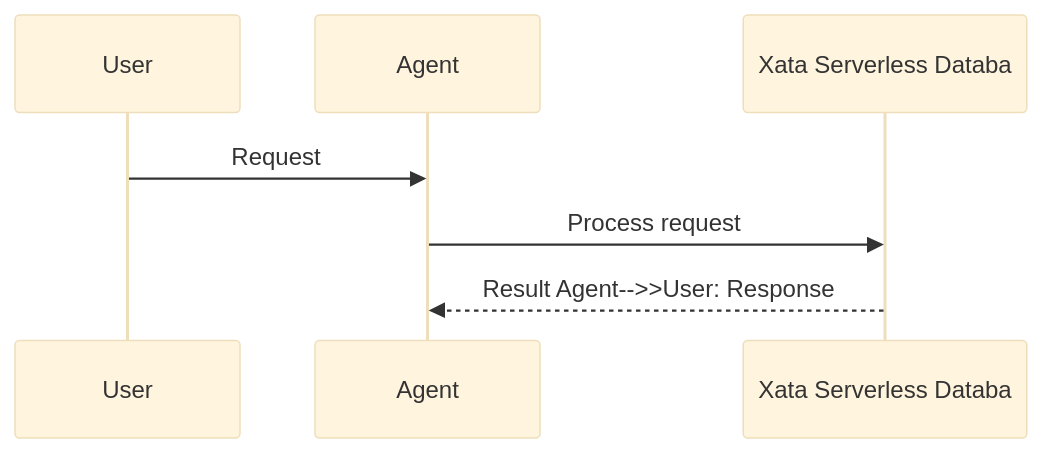
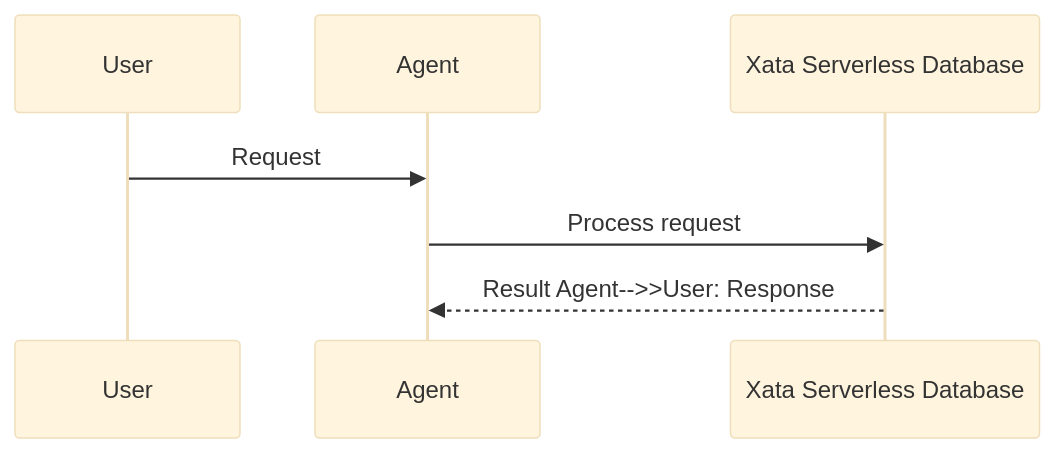
Before and after one commit to MervinPraison/PraisonAIDocs: the second of 2 diagrams in docs/features/xata.mdx, drawn with Mermaid (base theme). The commit also changed 45 other files, not shown here.

First line of the commit message:
docs: fix truncated Mermaid diagram feature names (22-char cutoff)

````diff
--- a/docs/features/xata.mdx
+++ b/docs/features/xata.mdx
@@ -56,10 +56,10 @@
 ```mermaid
 sequenceDiagram
     participant User
     participant Agent
-    participant Feature as Xata Serverless Databa
+    participant Feature as Xata Serverless Database
 
     User->>Agent: Request
     Agent->>Feature: Process request
     Feature-->>Agent: Result    Agent-->>User: Response
 ```
````
